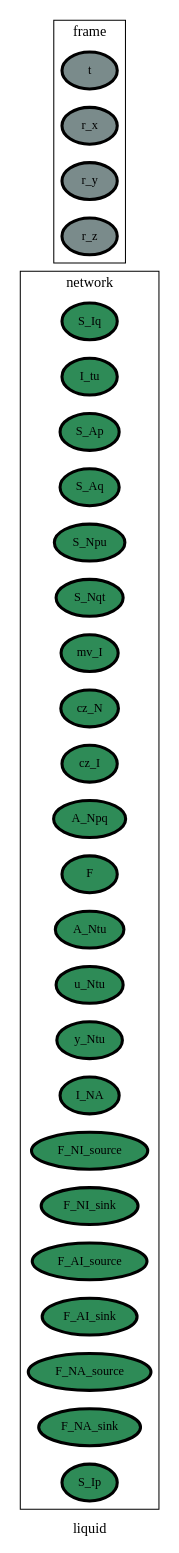
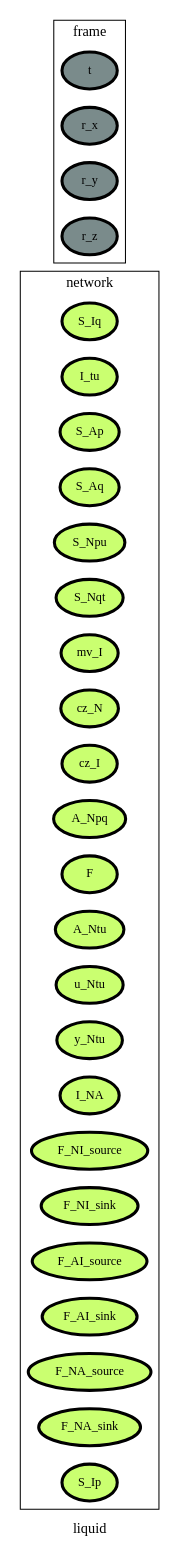
The diagram in ontology_graphs/graph__liquid.dot (heinz-preisig/processes_starter), drawn with Graphviz before and after one commit. The commit also changed 30 other files, not shown here.

```diff
--- a/ontology_graphs/graph__liquid.dot
+++ b/ontology_graphs/graph__liquid.dot
@@ -1,95 +1,95 @@
 digraph liquid {
 label=liquid;
 rankdir=LR;
 subgraph cluster_liquid___transport {
 label=transport;
 rankdir=LR;
 }
 
 subgraph cluster_liquid___geometry {
 label=geometry;
 rankdir=LR;
 }
 
 subgraph cluster_liquid___properties {
 label=properties;
 rankdir=LR;
 }
 
 subgraph cluster_liquid___network {
 label=network;
 rankdir=LR;
-V_10 [fillcolor=seagreen, fontsize=12, label=S_Iq, penwidth=3, style=filled];
-V_11 [fillcolor=seagreen, fontsize=12, label=I_tu, penwidth=3, style=filled];
-V_12 [fillcolor=seagreen, fontsize=12, label=S_Ap, penwidth=3, style=filled];
-V_13 [fillcolor=seagreen, fontsize=12, label=S_Aq, penwidth=3, style=filled];
-V_14 [fillcolor=seagreen, fontsize=12, label=S_Npu, penwidth=3, style=filled];
-V_15 [fillcolor=seagreen, fontsize=12, label=S_Nqt, penwidth=3, style=filled];
-V_16 [fillcolor=seagreen, fontsize=12, label=mv_I, penwidth=3, style=filled];
-V_17 [fillcolor=seagreen, fontsize=12, label=cz_N, penwidth=3, style=filled];
-V_18 [fillcolor=seagreen, fontsize=12, label=cz_I, penwidth=3, style=filled];
-V_19 [fillcolor=seagreen, fontsize=12, label=A_Npq, penwidth=3, style=filled];
-V_2 [fillcolor=seagreen, fontsize=12, label=F, penwidth=3, style=filled];
-V_20 [fillcolor=seagreen, fontsize=12, label=A_Ntu, penwidth=3, style=filled];
-V_21 [fillcolor=seagreen, fontsize=12, label=u_Ntu, penwidth=3, style=filled];
-V_22 [fillcolor=seagreen, fontsize=12, label=y_Ntu, penwidth=3, style=filled];
-V_27 [fillcolor=seagreen, fontsize=12, label=I_NA, penwidth=3, style=filled];
-V_3 [fillcolor=seagreen, fontsize=12, label=F_NI_source, penwidth=3, style=filled];
-V_4 [fillcolor=seagreen, fontsize=12, label=F_NI_sink, penwidth=3, style=filled];
-V_5 [fillcolor=seagreen, fontsize=12, label=F_AI_source, penwidth=3, style=filled];
-V_6 [fillcolor=seagreen, fontsize=12, label=F_AI_sink, penwidth=3, style=filled];
-V_7 [fillcolor=seagreen, fontsize=12, label=F_NA_source, penwidth=3, style=filled];
-V_8 [fillcolor=seagreen, fontsize=12, label=F_NA_sink, penwidth=3, style=filled];
-V_9 [fillcolor=seagreen, fontsize=12, label=S_Ip, penwidth=3, style=filled];
+V_10 [fillcolor=darkolivegreen1, fontsize=12, label=S_Iq, penwidth=3, style=filled];
+V_11 [fillcolor=darkolivegreen1, fontsize=12, label=I_tu, penwidth=3, style=filled];
+V_12 [fillcolor=darkolivegreen1, fontsize=12, label=S_Ap, penwidth=3, style=filled];
+V_13 [fillcolor=darkolivegreen1, fontsize=12, label=S_Aq, penwidth=3, style=filled];
+V_14 [fillcolor=darkolivegreen1, fontsize=12, label=S_Npu, penwidth=3, style=filled];
+V_15 [fillcolor=darkolivegreen1, fontsize=12, label=S_Nqt, penwidth=3, style=filled];
+V_16 [fillcolor=darkolivegreen1, fontsize=12, label=mv_I, penwidth=3, style=filled];
+V_17 [fillcolor=darkolivegreen1, fontsize=12, label=cz_N, penwidth=3, style=filled];
+V_18 [fillcolor=darkolivegreen1, fontsize=12, label=cz_I, penwidth=3, style=filled];
+V_19 [fillcolor=darkolivegreen1, fontsize=12, label=A_Npq, penwidth=3, style=filled];
+V_2 [fillcolor=darkolivegreen1, fontsize=12, label=F, penwidth=3, style=filled];
+V_20 [fillcolor=darkolivegreen1, fontsize=12, label=A_Ntu, penwidth=3, style=filled];
+V_21 [fillcolor=darkolivegreen1, fontsize=12, label=u_Ntu, penwidth=3, style=filled];
+V_22 [fillcolor=darkolivegreen1, fontsize=12, label=y_Ntu, penwidth=3, style=filled];
+V_27 [fillcolor=darkolivegreen1, fontsize=12, label=I_NA, penwidth=3, style=filled];
+V_3 [fillcolor=darkolivegreen1, fontsize=12, label=F_NI_source, penwidth=3, style=filled];
+V_4 [fillcolor=darkolivegreen1, fontsize=12, label=F_NI_sink, penwidth=3, style=filled];
+V_5 [fillcolor=darkolivegreen1, fontsize=12, label=F_AI_source, penwidth=3, style=filled];
+V_6 [fillcolor=darkolivegreen1, fontsize=12, label=F_AI_sink, penwidth=3, style=filled];
+V_7 [fillcolor=darkolivegreen1, fontsize=12, label=F_NA_source, penwidth=3, style=filled];
+V_8 [fillcolor=darkolivegreen1, fontsize=12, label=F_NA_sink, penwidth=3, style=filled];
+V_9 [fillcolor=darkolivegreen1, fontsize=12, label=S_Ip, penwidth=3, style=filled];
 }
 
 subgraph cluster_liquid___differenceOperator {
 label=differenceOperator;
 rankdir=LR;
 }
 
 subgraph cluster_liquid___frame {
 label=frame;
 rankdir=LR;
 V_1 [fillcolor=lightcyan4, fontsize=12, label=t, penwidth=3, style=filled];
 V_23 [fillcolor=lightcyan4, fontsize=12, label=r_x, penwidth=3, style=filled];
 V_24 [fillcolor=lightcyan4, fontsize=12, label=r_y, penwidth=3, style=filled];
 V_25 [fillcolor=lightcyan4, fontsize=12, label=r_z, penwidth=3, style=filled];
 }
 
 subgraph cluster_liquid___state {
 label=state;
 rankdir=LR;
 }
 
 subgraph cluster_liquid___constant {
 label=constant;
 rankdir=LR;
 }
 
 subgraph cluster_liquid___effort {
 label=effort;
 rankdir=LR;
 }
 
 subgraph cluster_liquid___secondaryState {
 label=secondaryState;
 rankdir=LR;
 }
 
 subgraph cluster_liquid___conversion {
 label=conversion;
 rankdir=LR;
 }
 
 subgraph cluster_liquid___diffState {
 label=diffState;
 rankdir=LR;
 }
 
 subgraph cluster_liquid___internalTransport {
 label=internalTransport;
 rankdir=LR;
 }
 
 }
```
